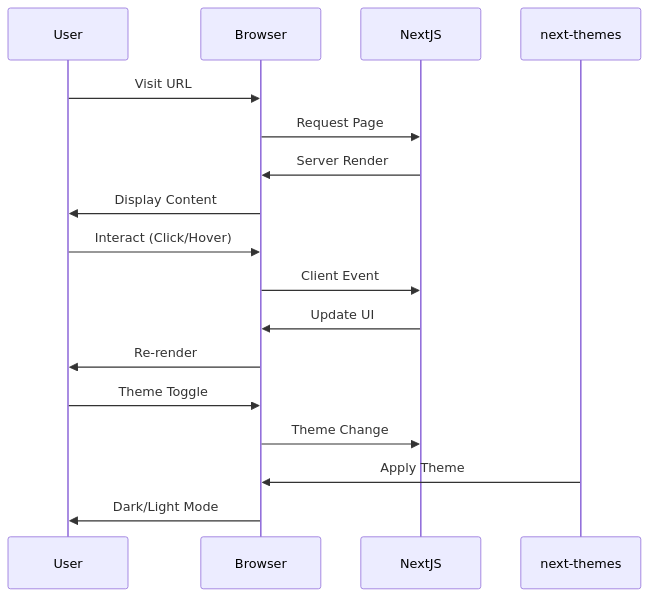
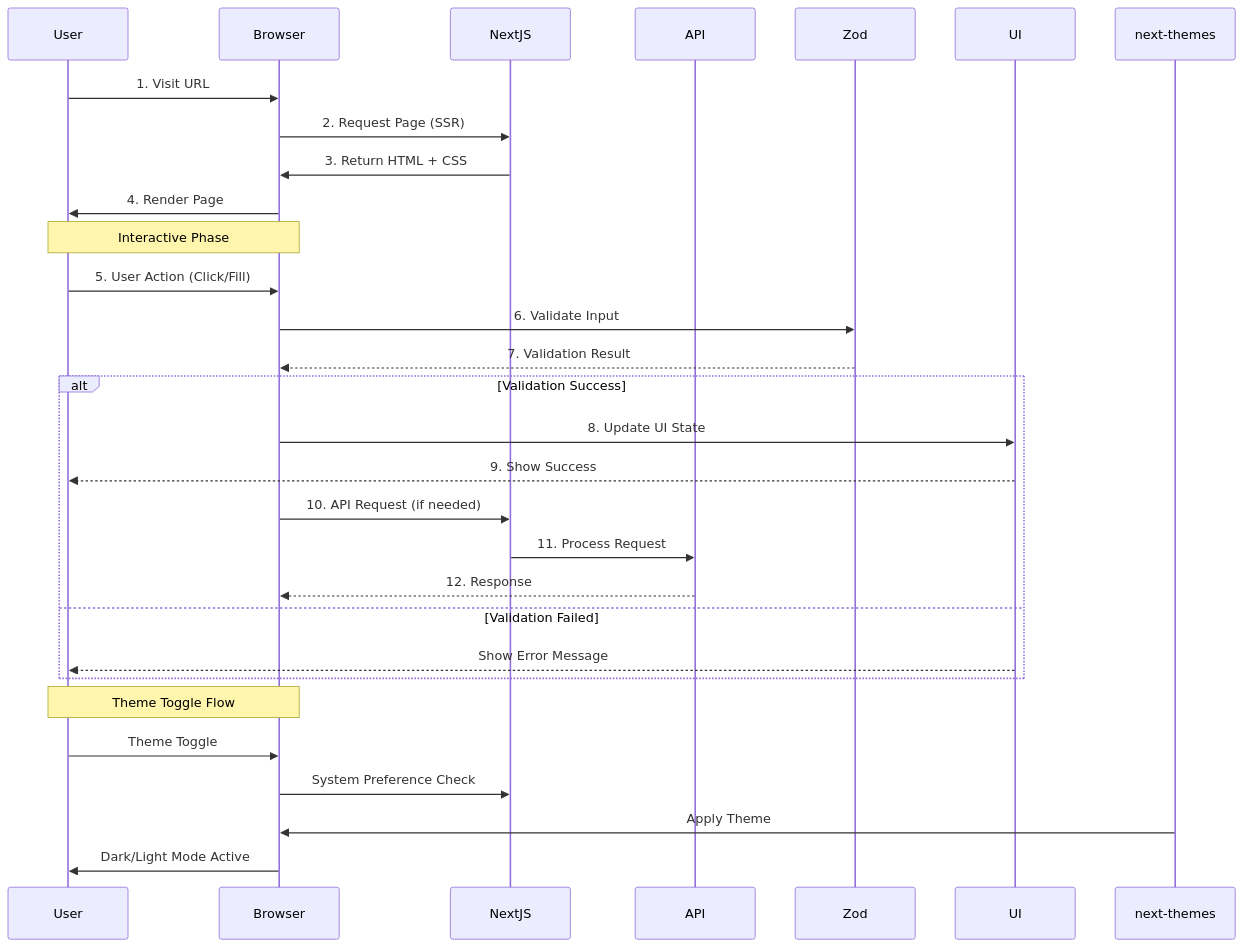
Before and after one commit to girishlade111/minimalist-profile-cards: the third of 4 diagrams in README.md, drawn with Mermaid. The commit also changed other lines of this file, not shown here.

Commit message:
docs: overhaul README with updated tech stack, structured features, and refined architecture diagrams

````diff
--- a/README.md
+++ b/README.md
@@ -127,21 +214,37 @@
 ```mermaid
 sequenceDiagram
     participant User
     participant Browser
     participant NextJS
+    participant API
+    participant Zod
+    participant UI
 
-    User->>Browser: Visit URL
-    Browser->>NextJS: Request Page
-    NextJS->>Browser: Server Render
-    Browser->>User: Display Content
+    User->>Browser: 1. Visit URL
+    Browser->>NextJS: 2. Request Page (SSR)
+    NextJS->>Browser: 3. Return HTML + CSS
+    Browser->>User: 4. Render Page
     
-    User->>Browser: Interact (Click/Hover)
-    Browser->>NextJS: Client Event
-    NextJS->>Browser: Update UI
-    Browser->>User: Re-render
+    Note over User,Browser: Interactive Phase
+    
+    User->>Browser: 5. User Action (Click/Fill)
+    Browser->>Zod: 6. Validate Input
+    Zod-->>Browser: 7. Validation Result
+    
+    alt Validation Success
+        Browser->>UI: 8. Update UI State
+        UI-->>User: 9. Show Success
+        Browser->>NextJS: 10. API Request (if needed)
+        NextJS->>API: 11. Process Request
+        API-->>Browser: 12. Response
+    else Validation Failed
+        UI-->>User: Show Error Message
+    end
+    
+    Note over User,Browser: Theme Toggle Flow
     
     User->>Browser: Theme Toggle
-    Browser->>NextJS: Theme Change
+    Browser->>NextJS: System Preference Check
     next-themes->>Browser: Apply Theme
-    Browser->>User: Dark/Light Mode
+    Browser->>User: Dark/Light Mode Active
 ```
````
